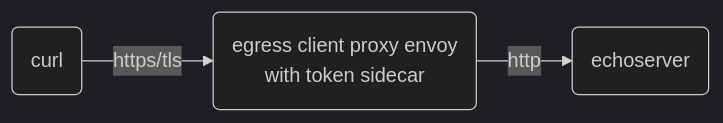
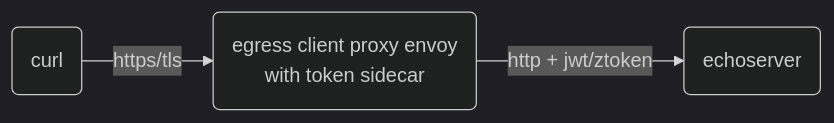
One commit to ctyano/athenz-distribution changed the first of 15 diagrams in docs/ENVOY.md. Above: the diagram before and after it, drawn with Mermaid (dark theme). The commit also changed other lines of this file, not shown here.

````diff
--- a/docs/ENVOY.md
+++ b/docs/ENVOY.md
@@ -23,4 +23,4 @@
 ```mermaid
 flowchart LR
-A(curl) -->|https/tls| B(egress client proxy envoy\nwith token sidecar) -->|http| C(echoserver)
+A(curl) -->|https/tls| B(egress client proxy envoy\nwith token sidecar) -->|http + jwt/ztoken| C(echoserver)
 ```
````
